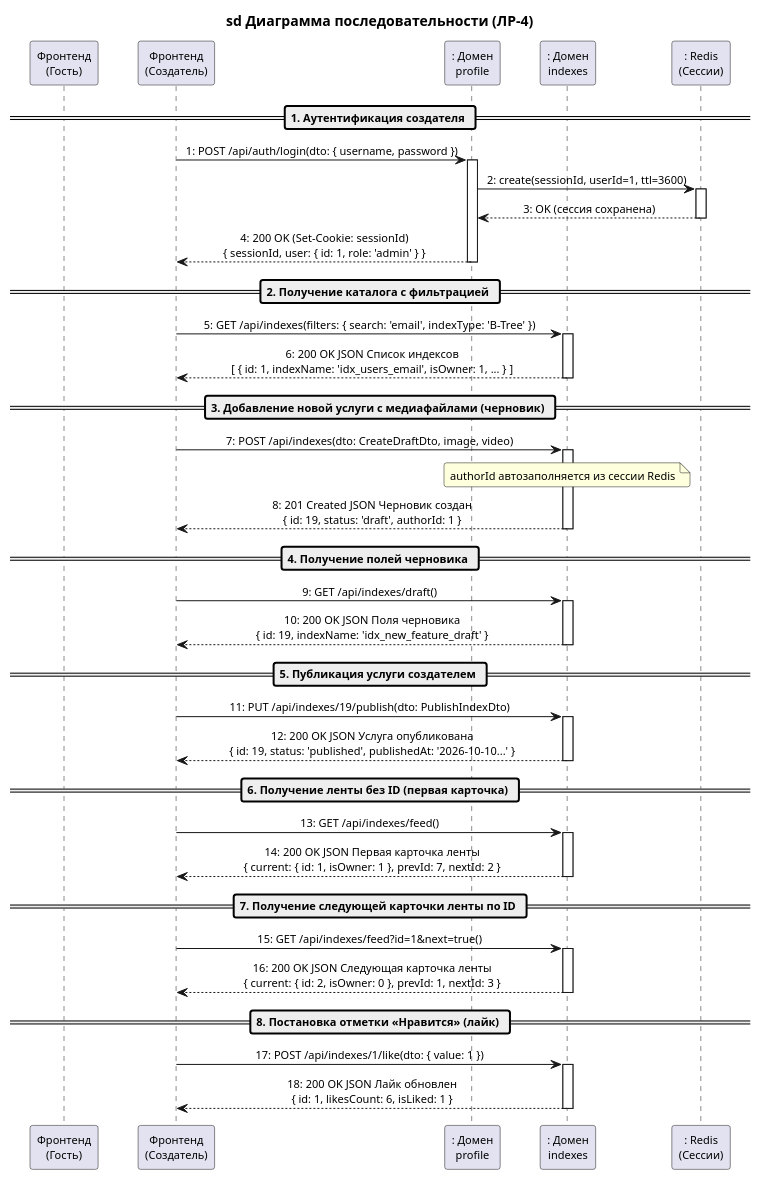
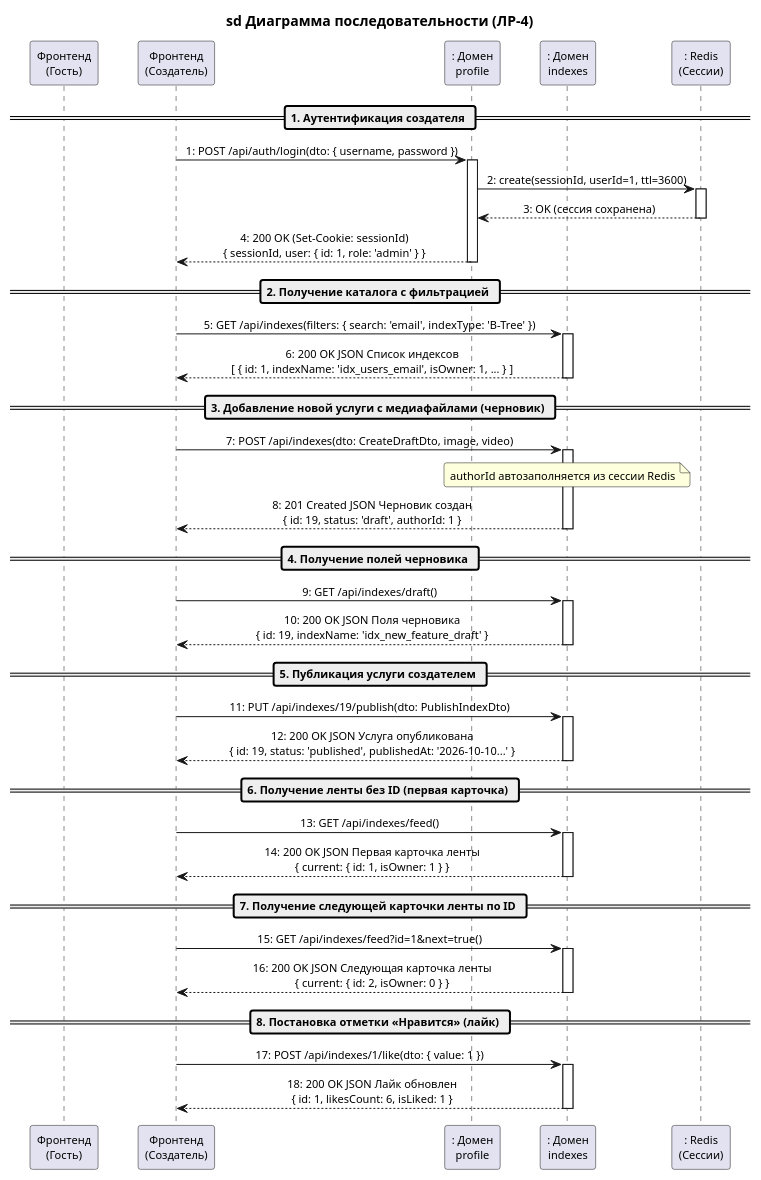
The diagram in docs/diagrams/sequence_diagram.puml (SachaXoDev/Khodina_IU5-51B_Web_Labs_2026_Database_query_optimizer), drawn with PlantUML before and after one commit. The commit also changed 1 other file, not shown here.

Commit message:
fix(docs): убрать prevId/nextId из sequence_diagram.puml и ER.mdj

```diff
--- a/docs/diagrams/sequence_diagram.puml
+++ b/docs/diagrams/sequence_diagram.puml
@@ -1,71 +1,71 @@
 @startuml sequence_diagram_lab4
 skinparam monochrome false
 skinparam roundcorner 5
 skinparam sequenceMessageAlign center
 skinparam defaultFontName Arial
 skinparam defaultFontSize 11
 skinparam BoxPadding 10
 skinparam ParticipantPadding 15
 
 title sd Диаграмма последовательности (ЛР-4)
 
 participant "Фронтенд\n(Гость)" as Guest
 participant "Фронтенд\n(Создатель)" as Creator
 participant ": Домен\nprofile" as Profile
 participant ": Домен\nindexes" as Indexes
 participant ": Redis\n(Сессии)" as Redis
 
 == 1. Аутентификация создателя ==
 Creator -> Profile : 1: POST /api/auth/login(dto: { username, password })
 activate Profile
 Profile -> Redis : 2: create(sessionId, userId=1, ttl=3600)
 activate Redis
 Redis --> Profile : 3: OK (сессия сохранена)
 deactivate Redis
 Profile --> Creator : 4: 200 OK (Set-Cookie: sessionId)\n{ sessionId, user: { id: 1, role: 'admin' } }
 deactivate Profile
 
 == 2. Получение каталога с фильтрацией ==
 Creator -> Indexes : 5: GET /api/indexes(filters: { search: 'email', indexType: 'B-Tree' })
 activate Indexes
 Indexes --> Creator : 6: 200 OK JSON Список индексов\n[ { id: 1, indexName: 'idx_users_email', isOwner: 1, ... } ]
 deactivate Indexes
 
 == 3. Добавление новой услуги с медиафайлами (черновик) ==
 Creator -> Indexes : 7: POST /api/indexes(dto: CreateDraftDto, image, video)
 activate Indexes
 note over Indexes : authorId автозаполняется из сессии Redis
 Indexes --> Creator : 8: 201 Created JSON Черновик создан\n{ id: 19, status: 'draft', authorId: 1 }
 deactivate Indexes
 
 == 4. Получение полей черновика ==
 Creator -> Indexes : 9: GET /api/indexes/draft()
 activate Indexes
 Indexes --> Creator : 10: 200 OK JSON Поля черновика\n{ id: 19, indexName: 'idx_new_feature_draft' }
 deactivate Indexes
 
 == 5. Публикация услуги создателем ==
 Creator -> Indexes : 11: PUT /api/indexes/19/publish(dto: PublishIndexDto)
 activate Indexes
 Indexes --> Creator : 12: 200 OK JSON Услуга опубликована\n{ id: 19, status: 'published', publishedAt: '2026-10-10...' }
 deactivate Indexes
 
 == 6. Получение ленты без ID (первая карточка) ==
 Creator -> Indexes : 13: GET /api/indexes/feed()
 activate Indexes
-Indexes --> Creator : 14: 200 OK JSON Первая карточка ленты\n{ current: { id: 1, isOwner: 1 }, prevId: 7, nextId: 2 }
+Indexes --> Creator : 14: 200 OK JSON Первая карточка ленты\n{ current: { id: 1, isOwner: 1 } }
 deactivate Indexes
 
 == 7. Получение следующей карточки ленты по ID ==
 Creator -> Indexes : 15: GET /api/indexes/feed?id=1&next=true()
 activate Indexes
-Indexes --> Creator : 16: 200 OK JSON Следующая карточка ленты\n{ current: { id: 2, isOwner: 0 }, prevId: 1, nextId: 3 }
+Indexes --> Creator : 16: 200 OK JSON Следующая карточка ленты\n{ current: { id: 2, isOwner: 0 } }
 deactivate Indexes
 
 == 8. Постановка отметки «Нравится» (лайк) ==
 Creator -> Indexes : 17: POST /api/indexes/1/like(dto: { value: 1 })
 activate Indexes
 Indexes --> Creator : 18: 200 OK JSON Лайк обновлен\n{ id: 1, likesCount: 6, isLiked: 1 }
 deactivate Indexes
 
 @enduml
```
